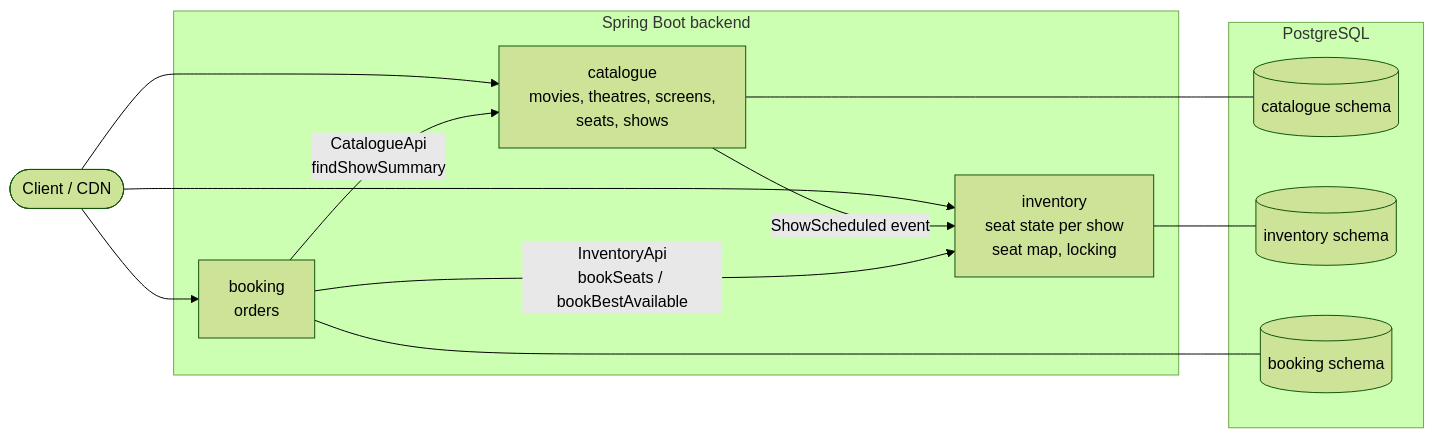
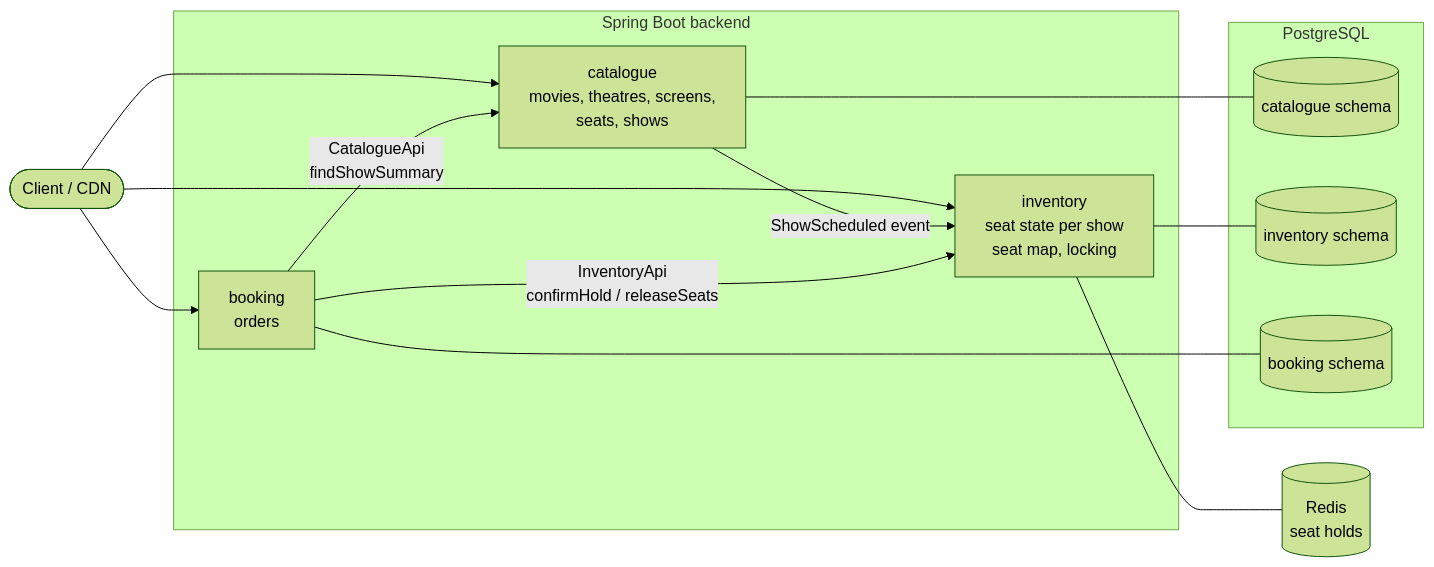
The first of 3 diagrams in README.md (GopiSVDev/seat-lock), drawn with Mermaid (forest theme) before and after one commit. The commit also changed other lines of this file and 37 other files, not shown here.

First line of the commit message:
feat(inventory): 5-minute seat holds in redis

````diff
--- a/README.md
+++ b/README.md
@@ -123,24 +127,27 @@
 ```mermaid
 flowchart LR
     client([Client / CDN])
 
     subgraph app[Spring Boot backend]
         catalogue[catalogue<br/>movies, theatres, screens,<br/>seats, shows]
         inventory[inventory<br/>seat state per show<br/>seat map, locking]
         booking[booking<br/>orders]
     end
 
     subgraph db[PostgreSQL]
         s1[(catalogue schema)]
         s2[(inventory schema)]
         s3[(booking schema)]
     end
 
+    redis[(Redis<br/>seat holds)]
+
     client --> catalogue & inventory & booking
     catalogue -- "ShowScheduled event" --> inventory
-    booking -- "InventoryApi<br/>bookSeats / bookBestAvailable" --> inventory
+    booking -- "InventoryApi<br/>confirmHold / releaseSeats" --> inventory
     booking -- "CatalogueApi<br/>findShowSummary" --> catalogue
     catalogue --- s1
     inventory --- s2
+    inventory --- redis
     booking --- s3
 ```
````
